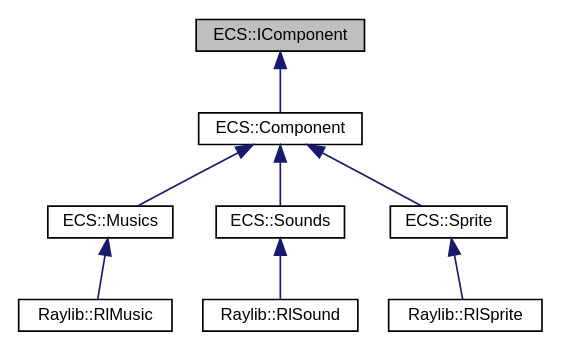
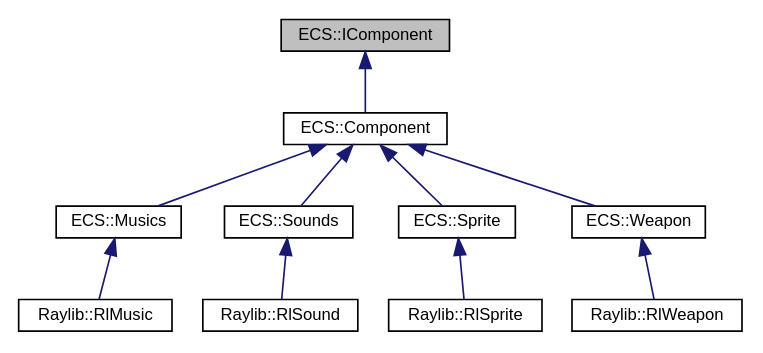
Before and after one commit to TerryMazzoni/RTypeMirror: the diagram in classECS_1_1IComponent__inherit__graph.dot, drawn with Graphviz. The commit also changed 85 other files, not shown here.

```diff
--- a/classECS_1_1IComponent__inherit__graph.dot
+++ b/classECS_1_1IComponent__inherit__graph.dot
@@ -1,21 +1,25 @@
 digraph "ECS::IComponent"
 {
  // LATEX_PDF_SIZE
   edge [fontname="Helvetica",fontsize="10",labelfontname="Helvetica",labelfontsize="10"];
   node [fontname="Helvetica",fontsize="10",shape=record];
   Node1 [label="ECS::IComponent",height=0.2,width=0.4,color="black", fillcolor="grey75", style="filled", fontcolor="black",tooltip=" "];
   Node1 -> Node2 [dir="back",color="midnightblue",fontsize="10",style="solid",fontname="Helvetica"];
   Node2 [label="ECS::Component",height=0.2,width=0.4,color="black", fillcolor="white", style="filled",URL="$classECS_1_1Component.html",tooltip=" "];
   Node2 -> Node3 [dir="back",color="midnightblue",fontsize="10",style="solid",fontname="Helvetica"];
   Node3 [label="ECS::Musics",height=0.2,width=0.4,color="black", fillcolor="white", style="filled",URL="$classECS_1_1Musics.html",tooltip=" "];
   Node3 -> Node4 [dir="back",color="midnightblue",fontsize="10",style="solid",fontname="Helvetica"];
   Node4 [label="Raylib::RlMusic",height=0.2,width=0.4,color="black", fillcolor="white", style="filled",URL="$classRaylib_1_1RlMusic.html",tooltip=" "];
   Node2 -> Node5 [dir="back",color="midnightblue",fontsize="10",style="solid",fontname="Helvetica"];
   Node5 [label="ECS::Sounds",height=0.2,width=0.4,color="black", fillcolor="white", style="filled",URL="$classECS_1_1Sounds.html",tooltip=" "];
   Node5 -> Node6 [dir="back",color="midnightblue",fontsize="10",style="solid",fontname="Helvetica"];
   Node6 [label="Raylib::RlSound",height=0.2,width=0.4,color="black", fillcolor="white", style="filled",URL="$classRaylib_1_1RlSound.html",tooltip=" "];
   Node2 -> Node7 [dir="back",color="midnightblue",fontsize="10",style="solid",fontname="Helvetica"];
   Node7 [label="ECS::Sprite",height=0.2,width=0.4,color="black", fillcolor="white", style="filled",URL="$classECS_1_1Sprite.html",tooltip=" "];
   Node7 -> Node8 [dir="back",color="midnightblue",fontsize="10",style="solid",fontname="Helvetica"];
   Node8 [label="Raylib::RlSprite",height=0.2,width=0.4,color="black", fillcolor="white", style="filled",URL="$classRaylib_1_1RlSprite.html",tooltip=" "];
+  Node2 -> Node9 [dir="back",color="midnightblue",fontsize="10",style="solid",fontname="Helvetica"];
+  Node9 [label="ECS::Weapon",height=0.2,width=0.4,color="black", fillcolor="white", style="filled",URL="$classECS_1_1Weapon.html",tooltip=" "];
+  Node9 -> Node10 [dir="back",color="midnightblue",fontsize="10",style="solid",fontname="Helvetica"];
+  Node10 [label="Raylib::RlWeapon",height=0.2,width=0.4,color="black", fillcolor="white", style="filled",URL="$classRaylib_1_1RlWeapon.html",tooltip=" "];
 }
```
